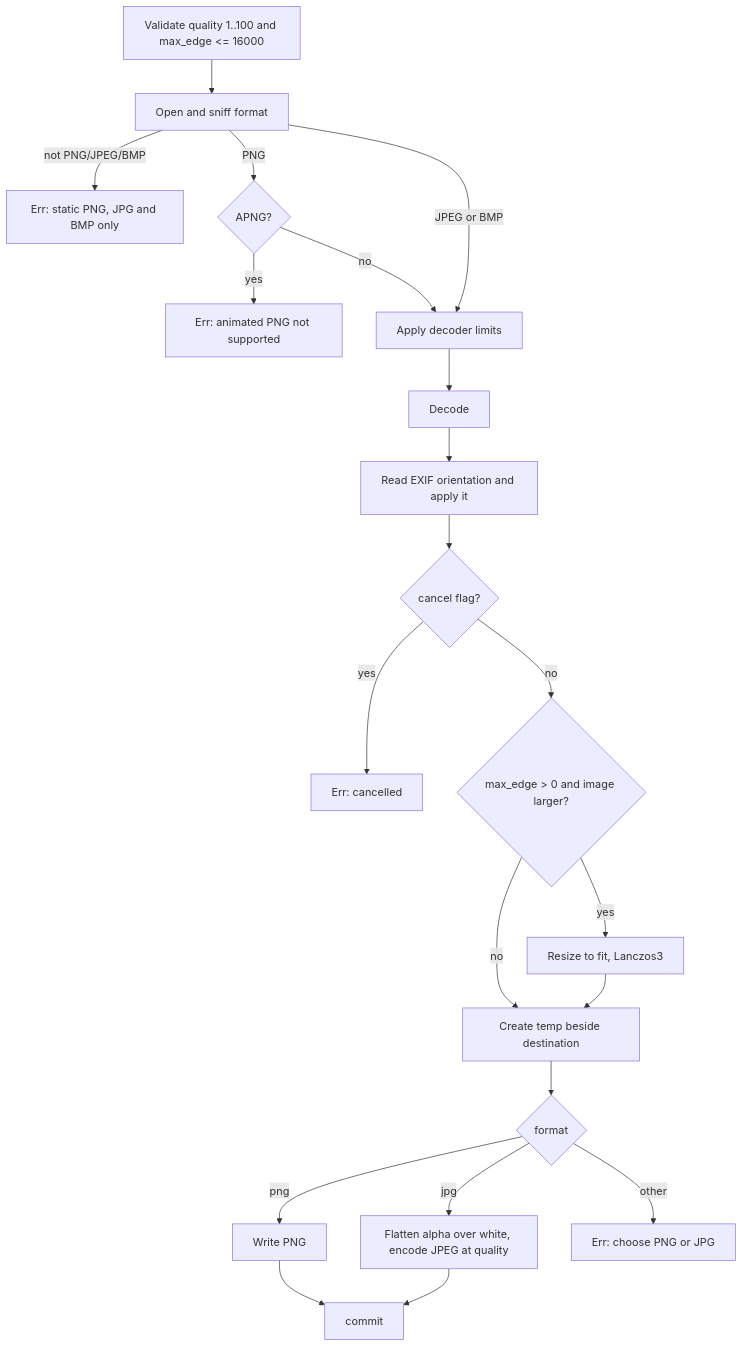
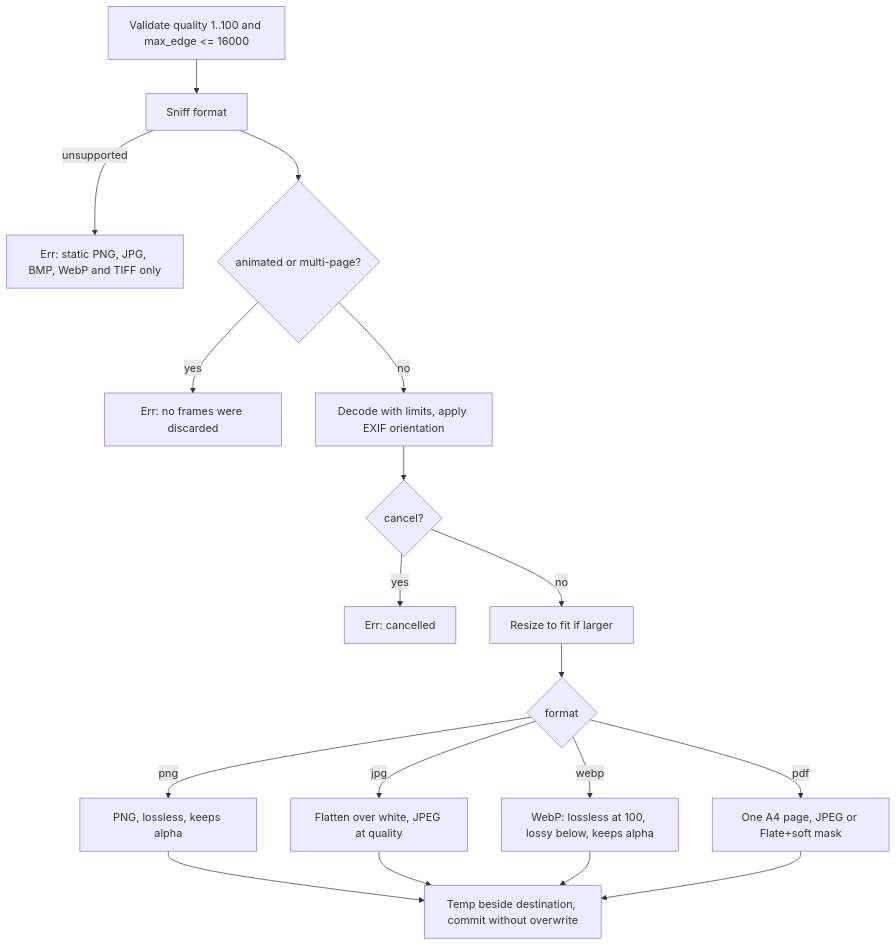
The diagram in docs/IMAGE_CONVERSION.md (preska-elixirr/doc_converter), drawn with Mermaid before and after one commit. The commit also changed other lines of this file and 49 other files, not shown here.

````diff
--- a/docs/IMAGE_CONVERSION.md
+++ b/docs/IMAGE_CONVERSION.md
@@ -34,23 +36,17 @@
 ```mermaid
 flowchart TD
-  A[Validate quality 1..100 and max_edge <= 16000] --> B[Open and sniff format]
-  B -- not PNG/JPEG/BMP --> X1[Err: static PNG, JPG and BMP only]
-  B -- PNG --> C{APNG?}
-  C -- yes --> X2[Err: animated PNG not supported]
-  C -- no --> D
-  B -- JPEG or BMP --> D[Apply decoder limits]
-  D --> E[Decode]
-  E --> F[Read EXIF orientation and apply it]
-  F --> G{cancel flag?}
-  G -- yes --> X3[Err: cancelled]
-  G -- no --> H{max_edge > 0 and image larger?}
-  H -- yes --> I[Resize to fit, Lanczos3]
-  H -- no --> J
-  I --> J[Create temp beside destination]
-  J --> K{format}
-  K -- png --> L[Write PNG]
-  K -- jpg --> M[Flatten alpha over white, encode JPEG at quality]
-  K -- other --> X4[Err: choose PNG or JPG]
-  L --> N[commit]
-  M --> N
+  A[Validate quality 1..100 and max_edge <= 16000] --> B[Sniff format]
+  B -- unsupported --> X1[Err: static PNG, JPG, BMP, WebP and TIFF only]
+  B --> C{animated or multi-page?}
+  C -- yes --> X2[Err: no frames were discarded]
+  C -- no --> D[Decode with limits, apply EXIF orientation]
+  D --> E{cancel?}
+  E -- yes --> X3[Err: cancelled]
+  E -- no --> F[Resize to fit if larger]
+  F --> G{format}
+  G -- png --> H[PNG, lossless, keeps alpha]
+  G -- jpg --> I[Flatten over white, JPEG at quality]
+  G -- webp --> J[WebP: lossless at 100, lossy below, keeps alpha]
+  G -- pdf --> K[One A4 page, JPEG or Flate+soft mask]
+  H & I & J & K --> L[Temp beside destination, commit without overwrite]
 ```
````
